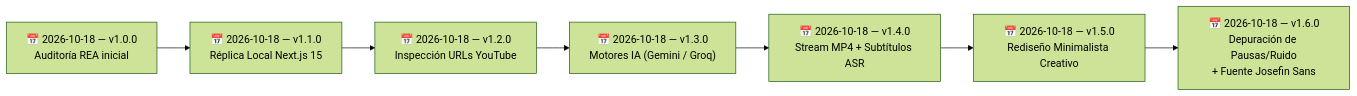
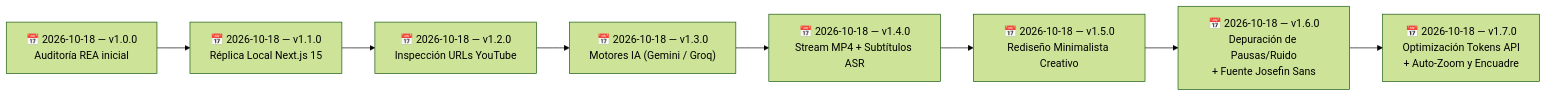
Before and after one commit to SebzSGC/Doc-Projects: the diagram in ClippersIppers/90 - Recursos/Historial de cambios.md, drawn with Mermaid (forest theme). The commit also changed other lines of this file and 1 other file, not shown here.

First line of the commit message:
feat(clippersippers): optimizar api, centrado play y auto-zoom/encuadre

````diff
--- a/ClippersIppers/90 - Recursos/Historial de cambios.md
+++ b/ClippersIppers/90 - Recursos/Historial de cambios.md
@@ -19,4 +19,4 @@
 ```mermaid
 flowchart LR
-    V1["📅 2026-10-18 — v1.0.0<br/>Auditoría REA inicial"] --> V2["📅 2026-10-18 — v1.1.0<br/>Réplica Local Next.js 15"] --> V3["📅 2026-10-18 — v1.2.0<br/>Inspección URLs YouTube"] --> V4["📅 2026-10-18 — v1.3.0<br/>Motores IA (Gemini / Groq)"] --> V5["📅 2026-10-18 — v1.4.0<br/>Stream MP4 + Subtítulos ASR"] --> V6["📅 2026-10-18 — v1.5.0<br/>Rediseño Minimalista Creativo"] --> V7["📅 2026-10-18 — v1.6.0<br/>Depuración de Pausas/Ruido<br/>+ Fuente Josefin Sans"]
+    V1["📅 2026-10-18 — v1.0.0<br/>Auditoría REA inicial"] --> V2["📅 2026-10-18 — v1.1.0<br/>Réplica Local Next.js 15"] --> V3["📅 2026-10-18 — v1.2.0<br/>Inspección URLs YouTube"] --> V4["📅 2026-10-18 — v1.3.0<br/>Motores IA (Gemini / Groq)"] --> V5["📅 2026-10-18 — v1.4.0<br/>Stream MP4 + Subtítulos ASR"] --> V6["📅 2026-10-18 — v1.5.0<br/>Rediseño Minimalista Creativo"] --> V7["📅 2026-10-18 — v1.6.0<br/>Depuración de Pausas/Ruido<br/>+ Fuente Josefin Sans"] --> V8["📅 2026-10-18 — v1.7.0<br/>Optimización Tokens API<br/>+ Auto-Zoom y Encuadre"]
 ```
````
